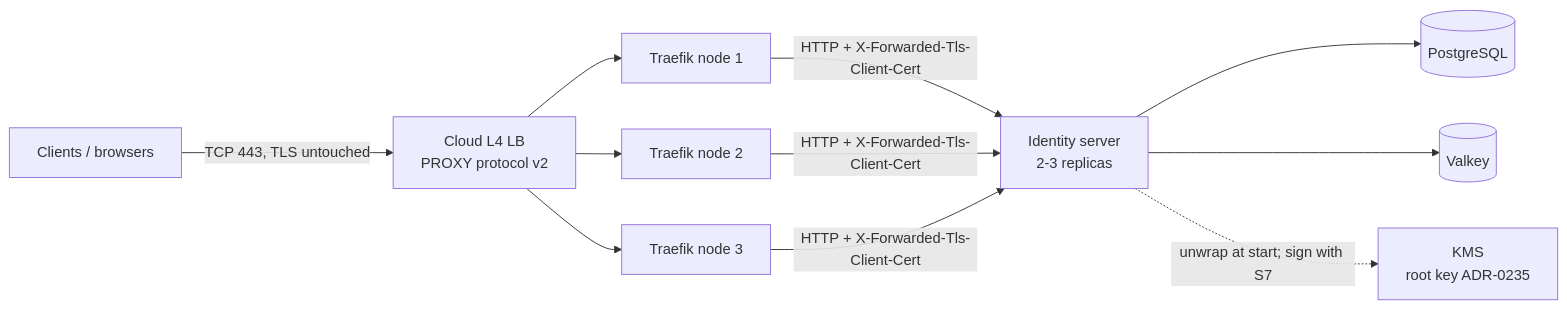
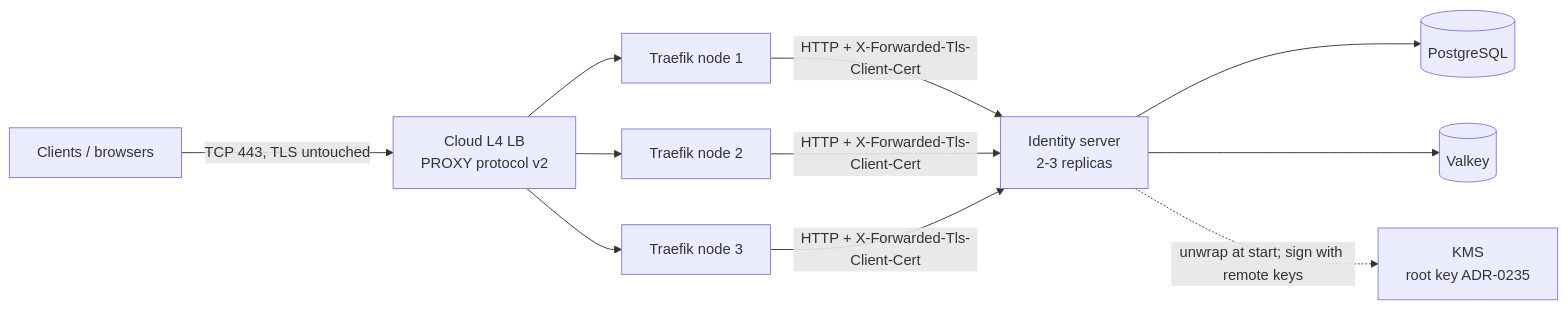
Before and after one commit to NCodeGroup/Identity: the diagram in docs/hosting-analysis.md, drawn with Mermaid. The commit also changed other lines of this file and 193 other files, not shown here.

````diff
--- a/docs/hosting-analysis.md
+++ b/docs/hosting-analysis.md
@@ -140,11 +139,11 @@
 ```mermaid
 flowchart LR
     C[Clients / browsers] -->|TCP 443, TLS untouched| LB[Cloud L4 LB<br/>PROXY protocol v2]
     LB --> T1[Traefik node 1]
     LB --> T2[Traefik node 2]
     LB --> T3[Traefik node 3]
     T1 & T2 & T3 -->|HTTP + X-Forwarded-Tls-Client-Cert| API[Identity server<br/>2-3 replicas]
     API --> PG[(PostgreSQL)]
     API --> VK[(Valkey)]
-    API -.->|unwrap at start; sign with S7| KMS[KMS<br/>root key ADR-0235]
+    API -.->|unwrap at start; sign with remote keys| KMS[KMS<br/>root key ADR-0235]
 ```
````
